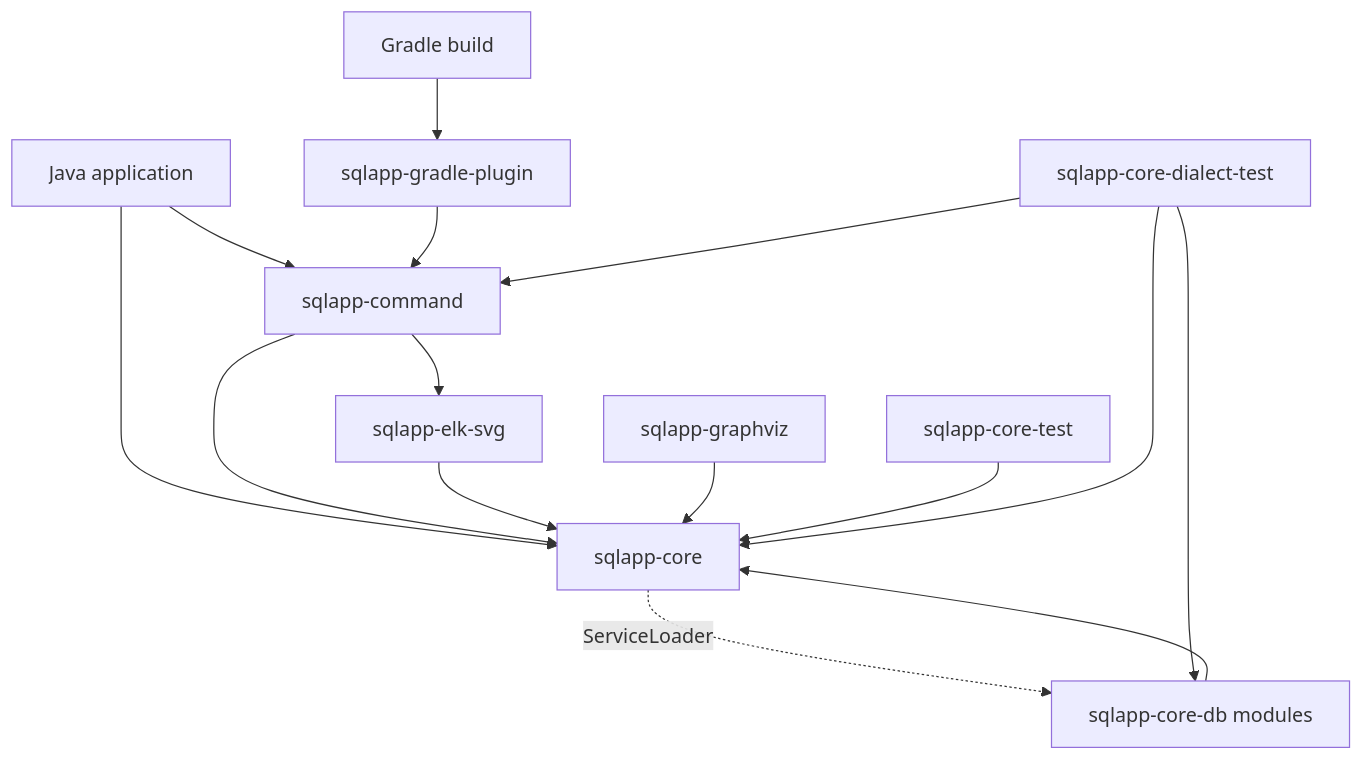
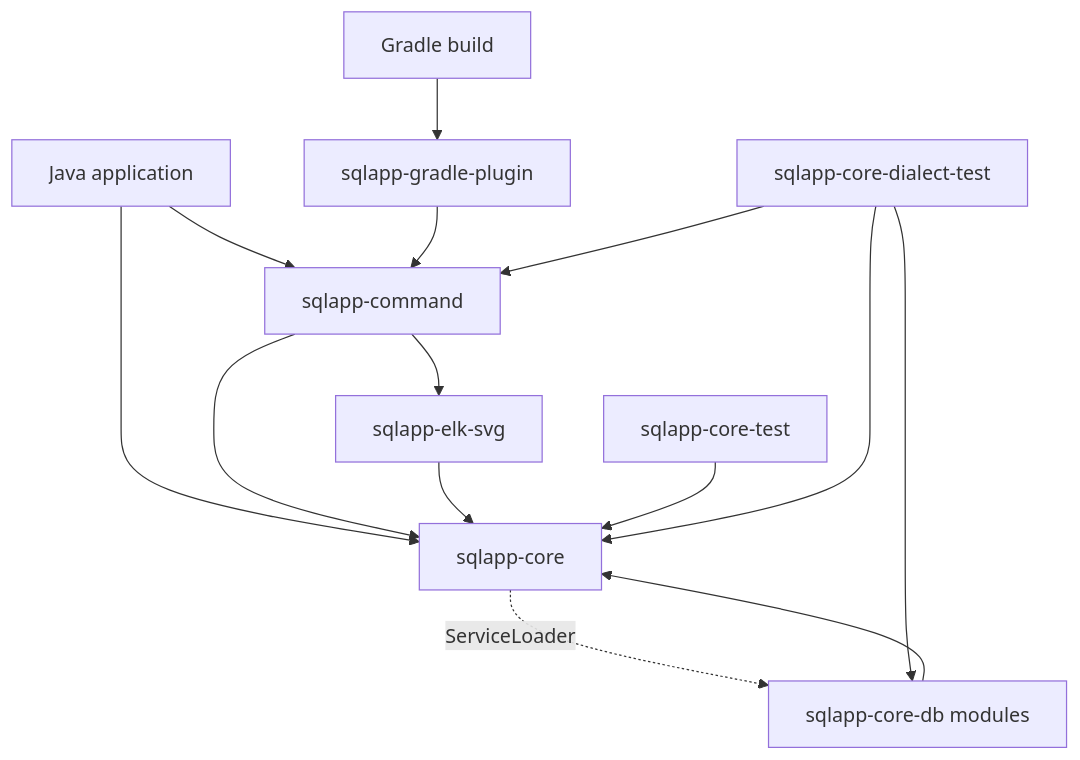
Before and after one commit to satotatsu/sqlapp: the first of 4 diagrams in docs/development/architecture.md, drawn with Mermaid. The commit also changed other lines of this file and 345 other files, not shown here.

````diff
--- a/docs/development/architecture.md
+++ b/docs/development/architecture.md
@@ -12,20 +12,19 @@
 ```mermaid
 flowchart TD
     APP[Java application] --> CORE[sqlapp-core]
     APP --> COMMAND[sqlapp-command]
     BUILD[Gradle build] --> PLUGIN[sqlapp-gradle-plugin]
 
     PLUGIN --> COMMAND
     COMMAND --> CORE
     COMMAND --> ELK[sqlapp-elk-svg]
     ELK --> CORE
-    GRAPHVIZ[sqlapp-graphviz] --> CORE
 
     DIALECT[sqlapp-core-db modules] --> CORE
     CORE -. ServiceLoader .-> DIALECT
 
     TEST[sqlapp-core-test] --> CORE
     DIALECT_TEST[sqlapp-core-dialect-test] --> CORE
     DIALECT_TEST --> COMMAND
     DIALECT_TEST --> DIALECT
 ```
````
